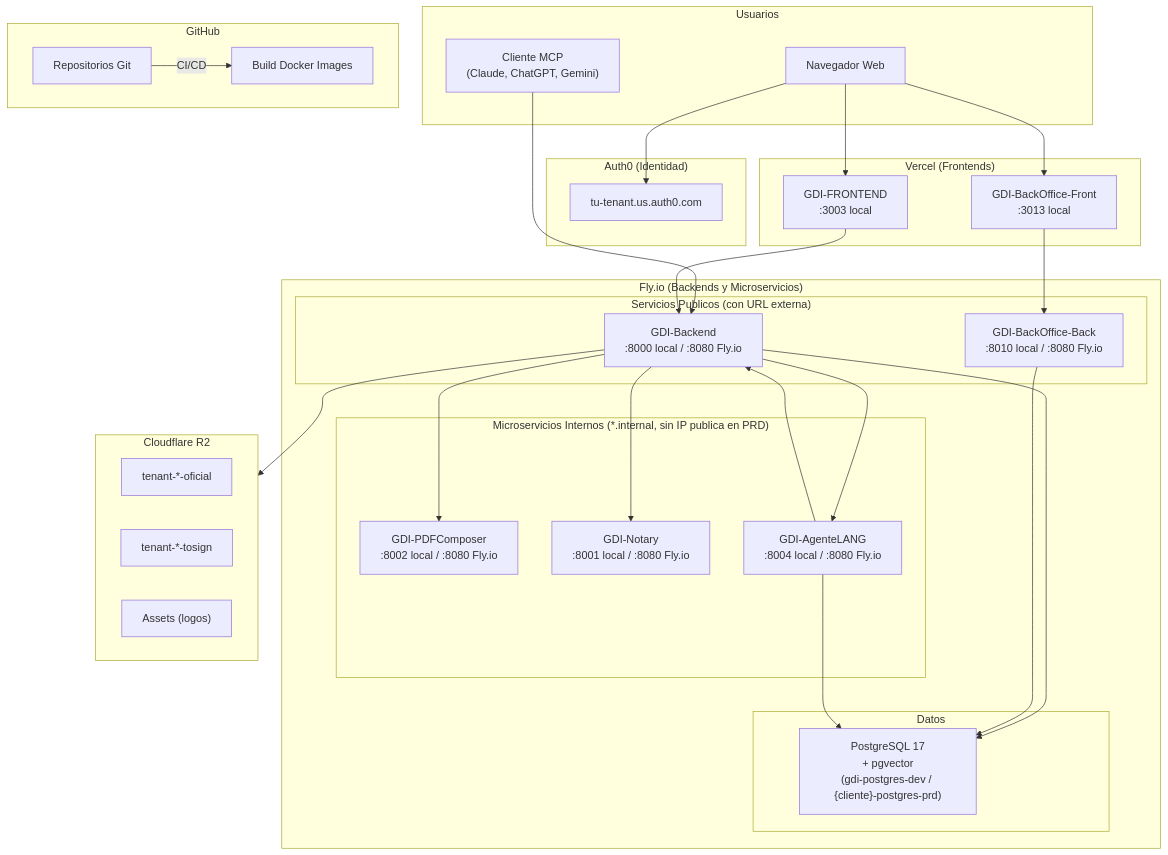
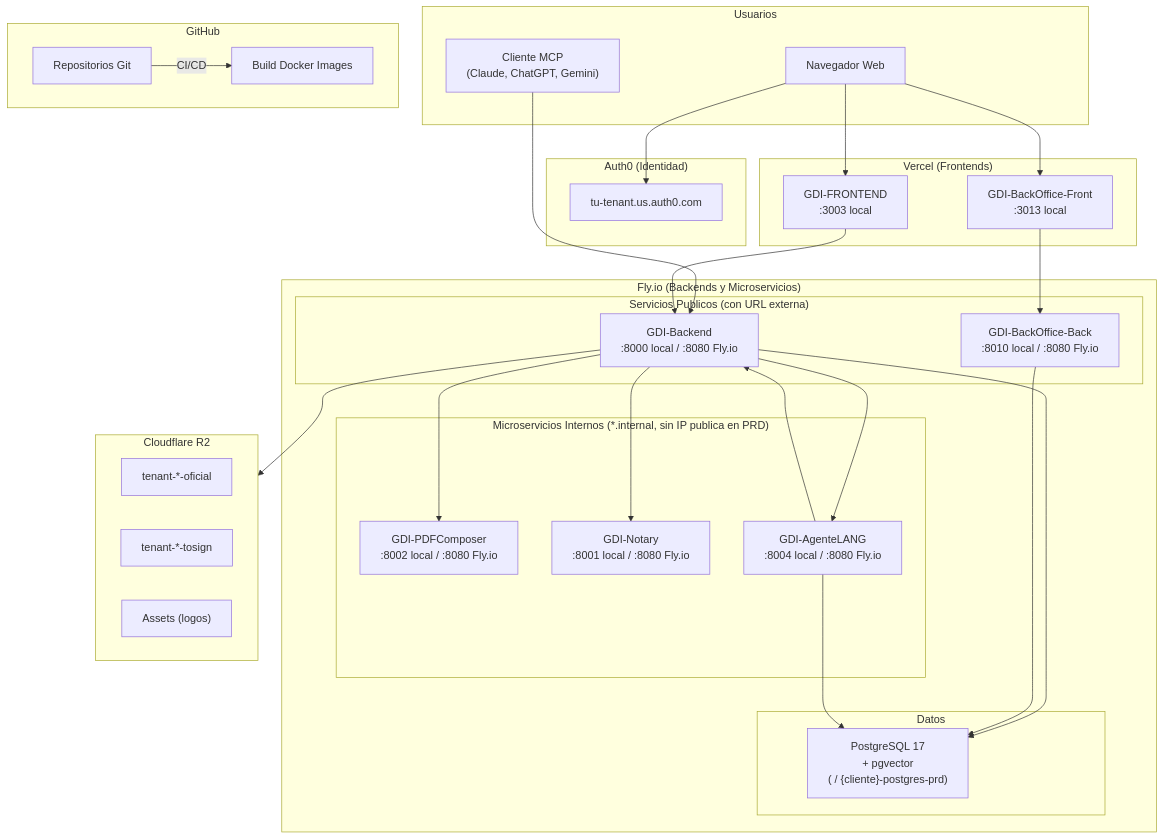
Before and after one commit to GDI-AGPLv3/GDI-Docs: the diagram in docs/desarrollo/deploy/index.md, drawn with Mermaid. The commit also changed other lines of this file and 13 other files, not shown here.

````diff
--- a/docs/desarrollo/deploy/index.md
+++ b/docs/desarrollo/deploy/index.md
@@ -18,63 +18,63 @@
 ```mermaid
 graph TB
     subgraph Usuarios["Usuarios"]
         Browser["Navegador Web"]
         MCP_Client["Cliente MCP<br/>(Claude, ChatGPT, Gemini)"]
     end
 
     subgraph Auth0["Auth0 (Identidad)"]
         Auth0_Tenant["tu-tenant.us.auth0.com"]
     end
 
     subgraph GitHub["GitHub"]
         Repos["Repositorios Git"]
         Repos --> |CI/CD| Docker_Build["Build Docker Images"]
     end
 
     subgraph Vercel["Vercel (Frontends)"]
         FE["GDI-FRONTEND<br/>:3003 local"]
         BOFE["GDI-BackOffice-Front<br/>:3013 local"]
     end
 
     subgraph FlyIO["Fly.io (Backends y Microservicios)"]
         subgraph Publicos["Servicios Publicos (con URL externa)"]
             BE["GDI-Backend<br/>:8000 local / :8080 Fly.io"]
             BOBE["GDI-BackOffice-Back<br/>:8010 local / :8080 Fly.io"]
         end
 
         subgraph Internos["Microservicios Internos (*.internal, sin IP publica en PRD)"]
             PDF["GDI-PDFComposer<br/>:8002 local / :8080 Fly.io"]
             NOT["GDI-Notary<br/>:8001 local / :8080 Fly.io"]
             AGENT["GDI-AgenteLANG<br/>:8004 local / :8080 Fly.io"]
         end
 
         subgraph Data["Datos"]
-            PG["PostgreSQL 17<br/>+ pgvector<br/>(gdi-postgres-dev / {cliente}-postgres-prd)"]
+            PG["PostgreSQL 17<br/>+ pgvector<br/>(<your-postgres-app> / {cliente}-postgres-prd)"]
         end
     end
 
     subgraph Cloudflare["Cloudflare R2"]
         Bucket_Oficial["tenant-*-oficial"]
         Bucket_ToSign["tenant-*-tosign"]
         Bucket_Assets["Assets (logos)"]
     end
 
     Browser --> Auth0_Tenant
     Browser --> FE
     Browser --> BOFE
     MCP_Client --> BE
 
     FE --> BE
     BOFE --> BOBE
 
     BE --> PDF
     BE --> NOT
     BE --> AGENT
     BE --> PG
     BE --> Cloudflare
 
     BOBE --> PG
 
     AGENT --> PG
     AGENT --> BE
 ```
````
